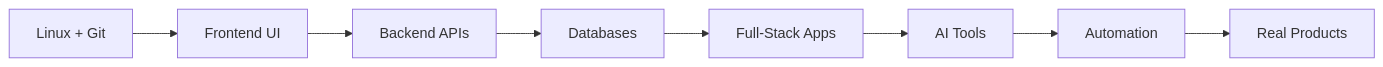
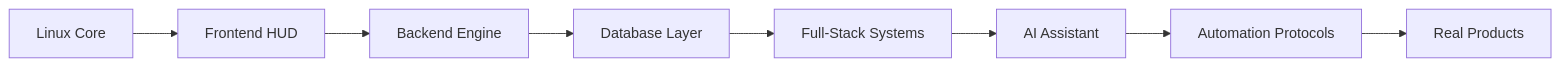
One commit to Eduarcito/Eduarcito changed the first of 2 diagrams in README.md. Above: the diagram before and after it, drawn with Mermaid. The commit also changed other lines of this file, not shown here.

First line of the commit message:
Revamp README with HUD-style branding

````diff
--- a/README.md
+++ b/README.md
@@ -224,10 +273,10 @@
 ```mermaid
 flowchart LR
-    A["Linux + Git"] --> B["Frontend UI"]
-    B --> C["Backend APIs"]
-    C --> D["Databases"]
-    D --> E["Full-Stack Apps"]
-    E --> F["AI Tools"]
-    F --> G["Automation"]
+    A["Linux Core"] --> B["Frontend HUD"]
+    B --> C["Backend Engine"]
+    C --> D["Database Layer"]
+    D --> E["Full-Stack Systems"]
+    E --> F["AI Assistant"]
+    F --> G["Automation Protocols"]
     G --> H["Real Products"]
 ```
````
